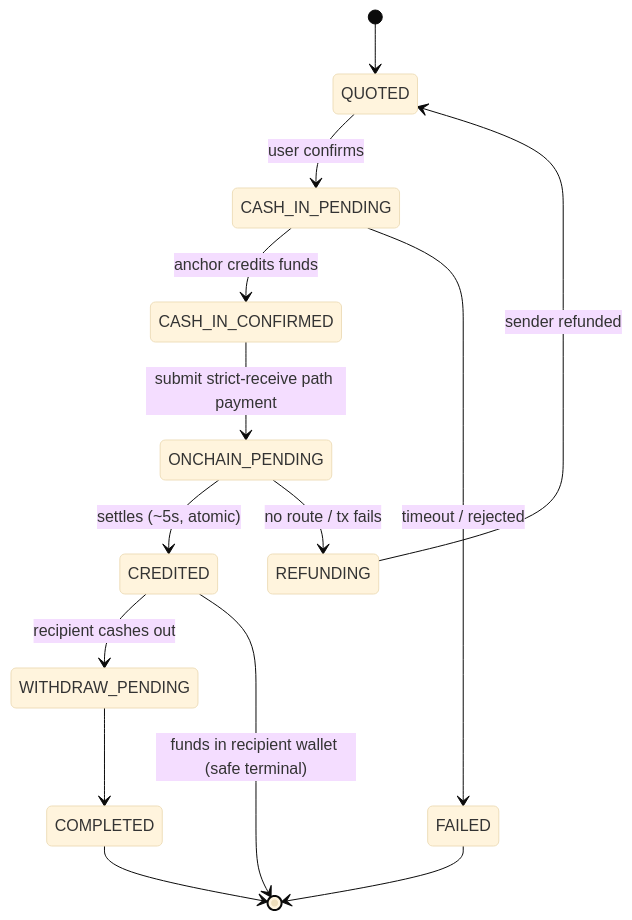
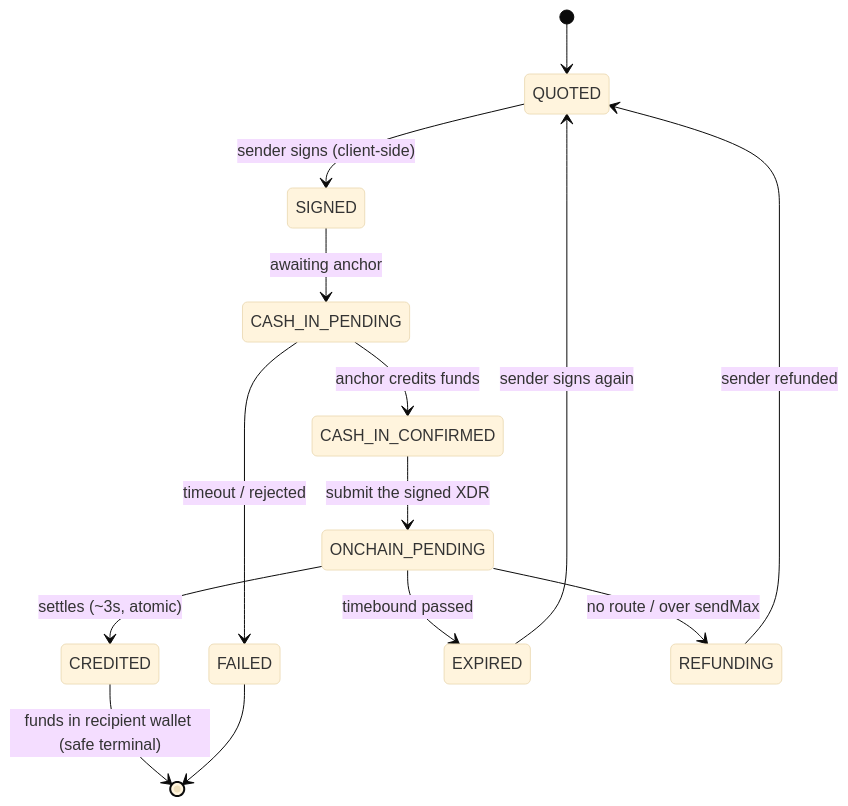
The second of 2 diagrams in README.md (yigitcangokmen/corramoney), drawn with Mermaid (base theme) before and after one commit. The commit also changed other lines of this file and 4 other files, not shown here.

First line of the commit message:
docs: rewrite around the non-custodial architecture

````diff
--- a/README.md
+++ b/README.md
@@ -91,16 +110,16 @@
 ```mermaid
 stateDiagram-v2
     [*] --> QUOTED
-    QUOTED --> CASH_IN_PENDING: user confirms
+    QUOTED --> SIGNED: sender signs (client-side)
+    SIGNED --> CASH_IN_PENDING: awaiting anchor
     CASH_IN_PENDING --> CASH_IN_CONFIRMED: anchor credits funds
     CASH_IN_PENDING --> FAILED: timeout / rejected
-    CASH_IN_CONFIRMED --> ONCHAIN_PENDING: submit strict-receive path payment
-    ONCHAIN_PENDING --> CREDITED: settles (~5s, atomic)
-    ONCHAIN_PENDING --> REFUNDING: no route / tx fails
+    CASH_IN_CONFIRMED --> ONCHAIN_PENDING: submit the signed XDR
+    ONCHAIN_PENDING --> CREDITED: settles (~3s, atomic)
+    ONCHAIN_PENDING --> EXPIRED: timebound passed
+    ONCHAIN_PENDING --> REFUNDING: no route / over sendMax
+    EXPIRED --> QUOTED: sender signs again
     REFUNDING --> QUOTED: sender refunded
-    CREDITED --> WITHDRAW_PENDING: recipient cashes out
     CREDITED --> [*]: funds in recipient wallet (safe terminal)
-    WITHDRAW_PENDING --> COMPLETED
     FAILED --> [*]
-    COMPLETED --> [*]
 ```
````
